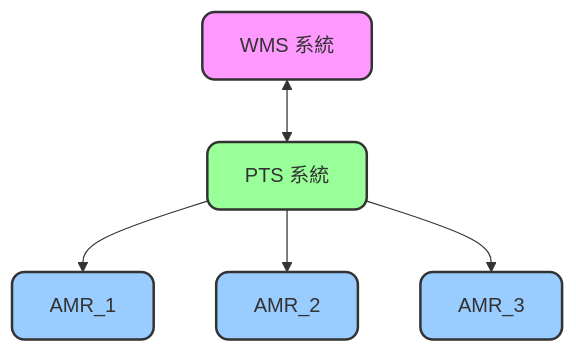
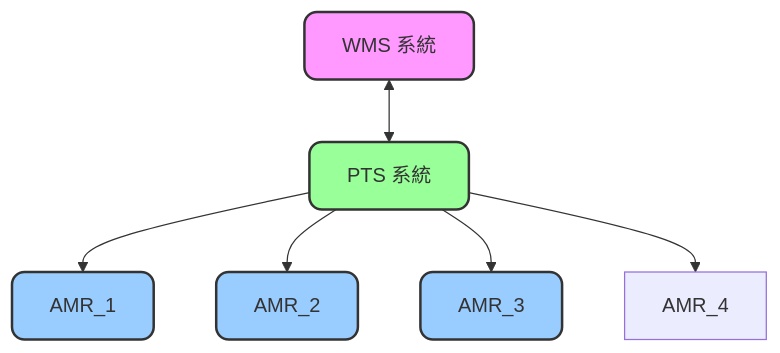
The first of 5 diagrams in README.md (athena-tircgo/amr-wms-lsj), drawn with Mermaid before and after one commit.

````diff
--- a/README.md
+++ b/README.md
@@ -22,22 +22,24 @@
 ```mermaid
 flowchart TD
     %% 節點設定
     style WMS fill:#f9f,stroke:#333,stroke-width:2px,rx:10,ry:10
     style PTS fill:#9f9,stroke:#333,stroke-width:2px,rx:10,ry:10
     style AMR1 fill:#9cf,stroke:#333,stroke-width:2px,rx:10,ry:10
     style AMR2 fill:#9cf,stroke:#333,stroke-width:2px,rx:10,ry:10
     style AMR3 fill:#9cf,stroke:#333,stroke-width:2px,rx:10,ry:10
 
     %% 節點文字
     WMS["WMS 系統"]
     PTS["PTS 系統"]
     AMR1["AMR_1"]
     AMR2["AMR_2"]
     AMR3["AMR_3"]
+    AMR4["AMR_4"]
 
     %% 連線
     WMS <-->PTS
     PTS -->AMR1
     PTS -->AMR2
     PTS -->AMR3
+    PTS -->AMR4
 ```
````
